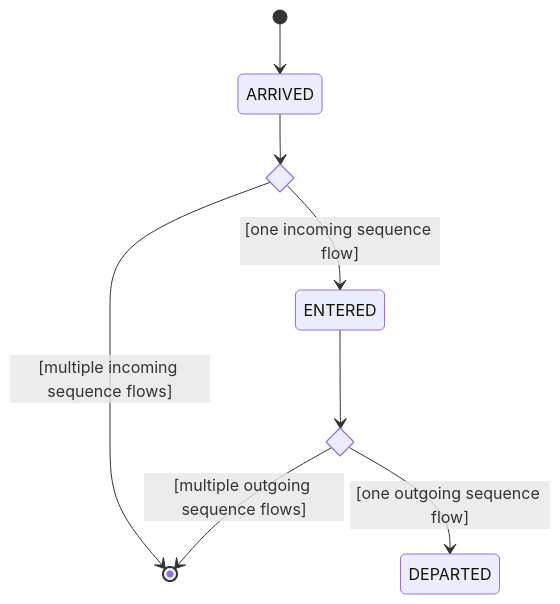
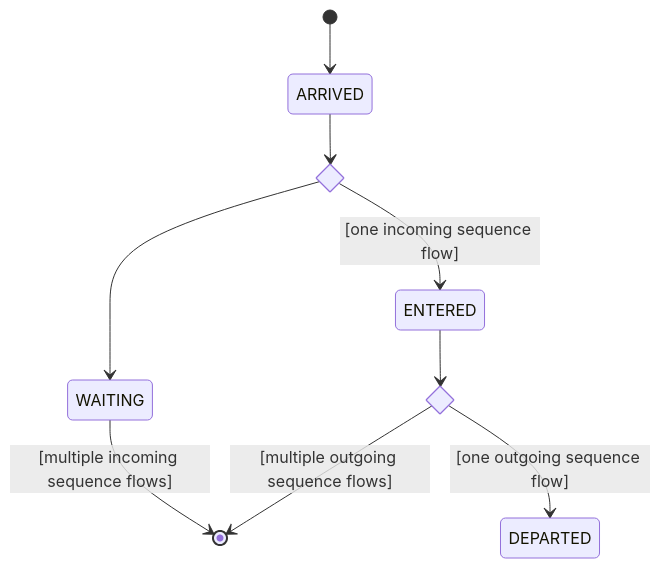
The first of 3 diagrams in docs/md/token_flow_logic_parallel_gateways.md (bpmn-os/bpmnos-engine), drawn with Mermaid before and after one commit. The commit also changed 1 other file, not shown here.

```diff
--- a/docs/md/token_flow_logic_parallel_gateways.md
+++ b/docs/md/token_flow_logic_parallel_gateways.md
@@ -8,12 +8,13 @@
 <pre class="mermaid">
 stateDiagram-v2
     state merge <<choice>>
     state split <<choice>>
     [*] --> ARRIVED
     ARRIVED --> merge
     merge --> ENTERED: [one incoming sequence flow]
-    merge --> [*]: [multiple incoming sequence flows]
+    merge --> WAITING
+    WAITING --> [*]: [multiple incoming sequence flows]
     ENTERED --> split
     split --> [*]: [multiple outgoing sequence flows]
     split --> DEPARTED: [one outgoing sequence flow]
 </pre>
```
